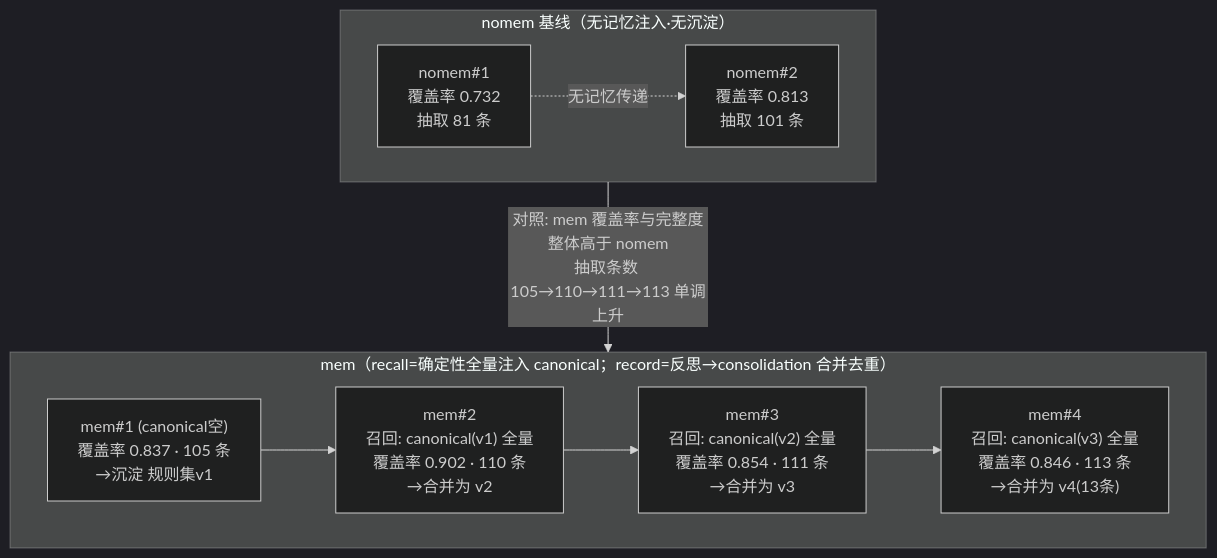
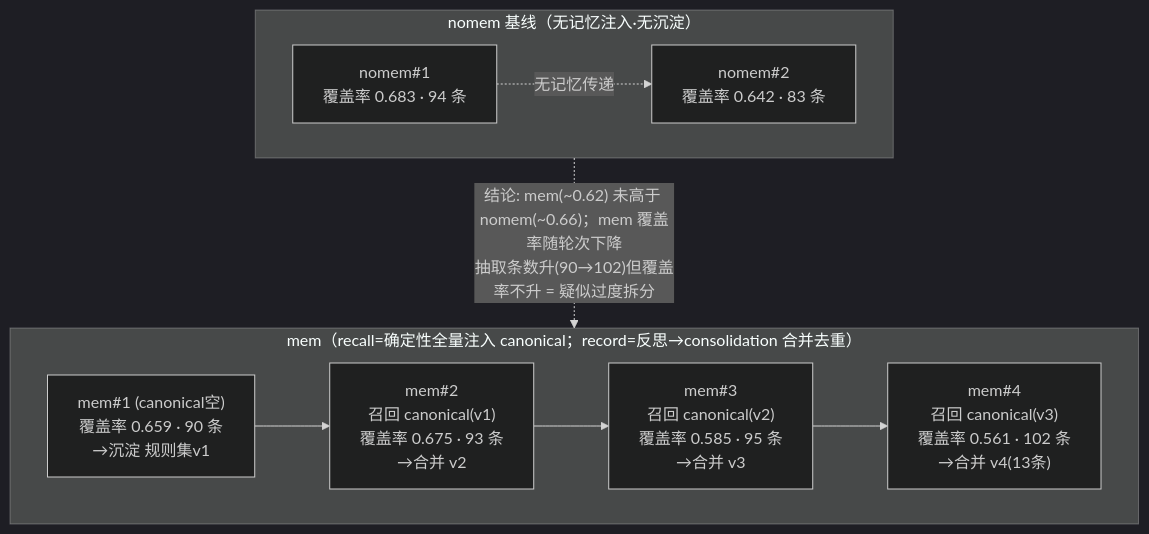
The second of 2 diagrams in docs/技术报告-memory-loop-v2.md (dashjim/agentcore-memory-loop), drawn with Mermaid (dark theme) before and after one commit. The commit also changed other lines of this file and 1 other file, not shown here.

````diff
--- a/docs/技术报告-memory-loop-v2.md
+++ b/docs/技术报告-memory-loop-v2.md
@@ -142,18 +144,18 @@
 ```mermaid
 flowchart TB
   subgraph N["nomem 基线（无记忆注入·无沉淀）"]
     direction LR
-    n1["nomem#1<br/>覆盖率 0.732<br/>抽取 81 条"]
-    n2["nomem#2<br/>覆盖率 0.813<br/>抽取 101 条"]
+    n1["nomem#1<br/>覆盖率 0.683 · 94 条"]
+    n2["nomem#2<br/>覆盖率 0.642 · 83 条"]
     n1 -. 无记忆传递 .-> n2
   end
   subgraph M["mem（recall=确定性全量注入 canonical；record=反思→consolidation 合并去重）"]
     direction LR
-    m1["mem#1 (canonical空)<br/>覆盖率 0.837 · 105 条<br/>→沉淀 规则集v1"]
-    m2["mem#2<br/>召回: canonical(v1) 全量<br/>覆盖率 0.902 · 110 条<br/>→合并为 v2"]
-    m3["mem#3<br/>召回: canonical(v2) 全量<br/>覆盖率 0.854 · 111 条<br/>→合并为 v3"]
-    m4["mem#4<br/>召回: canonical(v3) 全量<br/>覆盖率 0.846 · 113 条<br/>→合并为 v4(13条)"]
+    m1["mem#1 (canonical空)<br/>覆盖率 0.659 · 90 条<br/>→沉淀 规则集v1"]
+    m2["mem#2<br/>召回 canonical(v1)<br/>覆盖率 0.675 · 93 条<br/>→合并 v2"]
+    m3["mem#3<br/>召回 canonical(v2)<br/>覆盖率 0.585 · 95 条<br/>→合并 v3"]
+    m4["mem#4<br/>召回 canonical(v3)<br/>覆盖率 0.561 · 102 条<br/>→合并 v4(13条)"]
     m1 --> m2 --> m3 --> m4
   end
-  N -->|"对照: mem 覆盖率与完整度整体高于 nomem<br/>抽取条数 105→110→111→113 单调上升"| M
+  N -.->|"结论: mem(~0.62) 未高于 nomem(~0.66)；mem 覆盖率随轮次下降<br/>抽取条数升(90→102)但覆盖率不升 = 疑似过度拆分"| M
 ```
````
